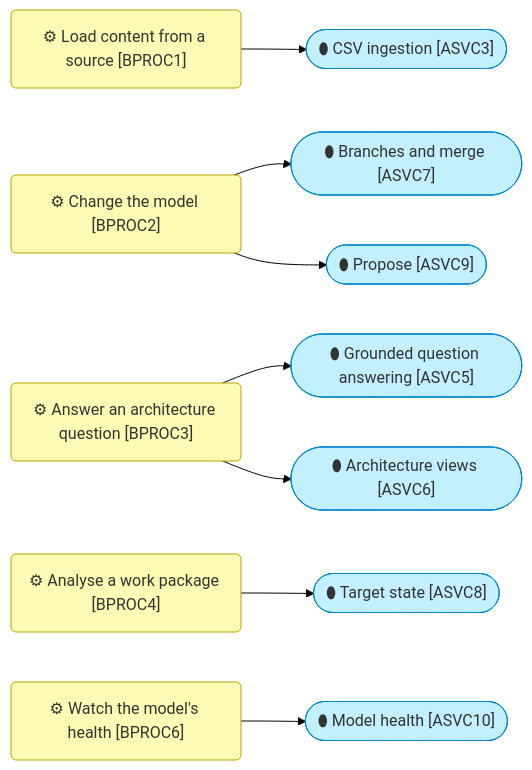
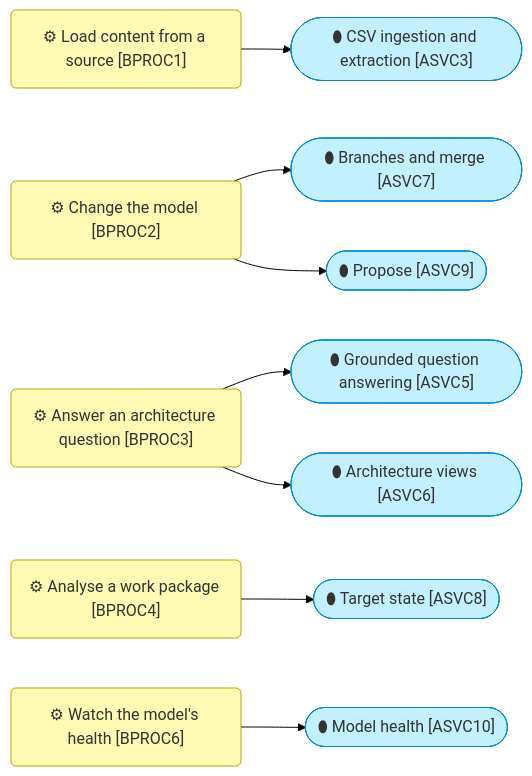
The fourth of 4 diagrams in architecture/2_business/2_processes-and-services.md (roanboc/dbx-enterprise-architecture), drawn with Mermaid (forest theme) before and after one commit. The commit also changed other lines of this file and 17 other files, not shown here.

````diff
--- a/architecture/2_business/2_processes-and-services.md
+++ b/architecture/2_business/2_processes-and-services.md
@@ -93,25 +93,25 @@
 ```mermaid
 flowchart LR
   p1("⚙ Load content from a source [BPROC1]"):::business
   p2("⚙ Change the model [BPROC2]"):::business
   p3("⚙ Answer an architecture question [BPROC3]"):::business
   p4("⚙ Analyse a work package [BPROC4]"):::business
   p6("⚙ Watch the model's health [BPROC6]"):::business
-  ingest(["⬮ CSV ingestion [ASVC3]"]):::application
+  ingest(["⬮ CSV ingestion and extraction [ASVC3]"]):::application
   branches(["⬮ Branches and merge [ASVC7]"]):::application
   propose(["⬮ Propose [ASVC9]"]):::application
   ask(["⬮ Grounded question answering [ASVC5]"]):::application
   views(["⬮ Architecture views [ASVC6]"]):::application
   target(["⬮ Target state [ASVC8]"]):::application
   health(["⬮ Model health [ASVC10]"]):::application
   p1 --> ingest
   p2 --> branches
   p2 --> propose
   p3 --> ask
   p3 --> views
   p4 --> target
   p6 --> health
 
   classDef business fill:#fffbb5,stroke:#b8a200,color:#333
   classDef application fill:#c2f0ff,stroke:#0288d1,color:#333
 ```
````
